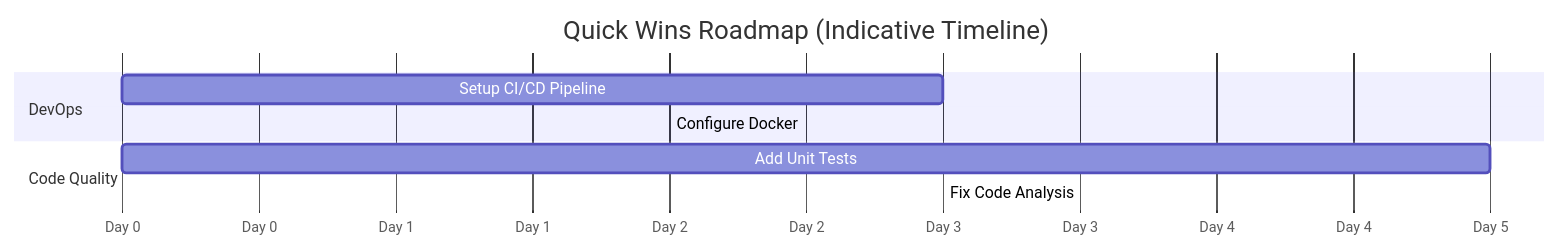
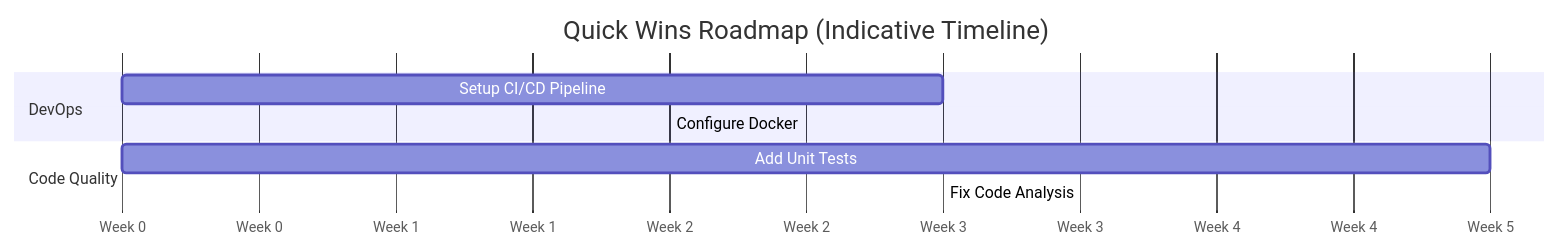
Before and after one commit to davidcslau/dotnet-modernization-analyzer: the first of 2 diagrams in POWER.md, drawn with Mermaid. The commit also changed other lines of this file, not shown here.

Commit message:
Revise timeline Gantt chart axis format
Updated timeline disclaimer wording and changed axis format in Gantt chart.

````diff
--- a/POWER.md
+++ b/POWER.md
@@ -672,12 +672,12 @@
 ```mermaid
 gantt
     title Quick Wins Roadmap (Indicative Timeline)
     dateFormat X
-    axisFormat Day %s
+    axisFormat Week %s
     section DevOps
     Setup CI/CD Pipeline :a1, 0, 3
     Configure Docker :a2, after a1, 2
     section Code Quality
     Add Unit Tests :b1, 0, 5
     Fix Code Analysis :b2, after b1, 3
 ```
````
